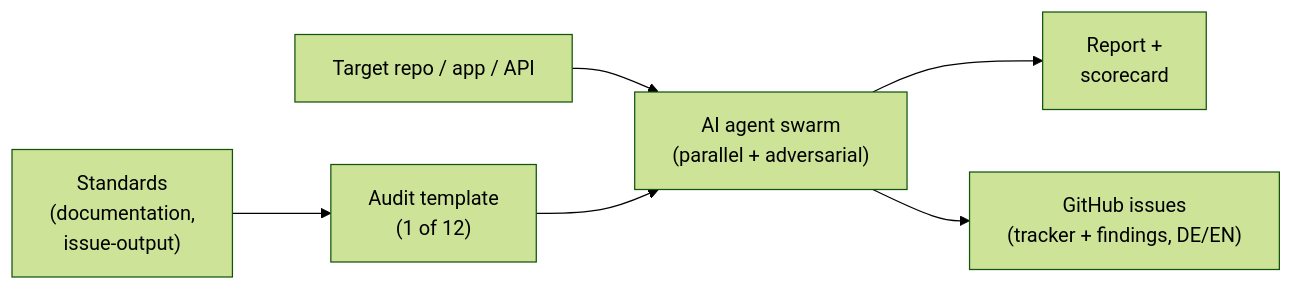
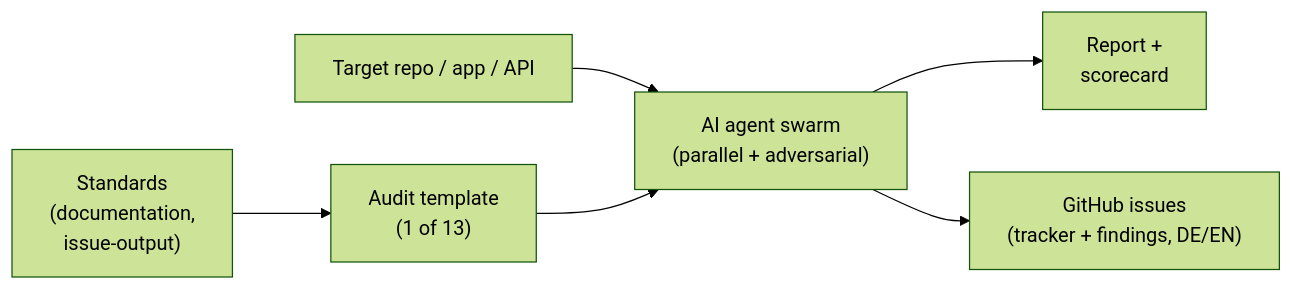
Before and after one commit to marcelrapold/auditor: the first of 2 diagrams in README.md, drawn with Mermaid (forest theme). The commit also changed other lines of this file and 9 other files, not shown here.

````diff
--- a/README.md
+++ b/README.md
@@ -33,8 +33,8 @@
 ```mermaid
 flowchart LR
     Standards["Standards<br/>(documentation,<br/>issue-output)"] --> Prompt
     Target["Target repo / app / API"] --> Agent
-    Prompt["Audit template<br/>(1 of 12)"] --> Agent["AI agent swarm<br/>(parallel + adversarial)"]
+    Prompt["Audit template<br/>(1 of 13)"] --> Agent["AI agent swarm<br/>(parallel + adversarial)"]
     Agent --> Report["Report +<br/>scorecard"]
     Agent --> Issues["GitHub issues<br/>(tracker + findings, DE/EN)"]
 ```
````
